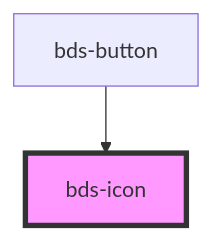
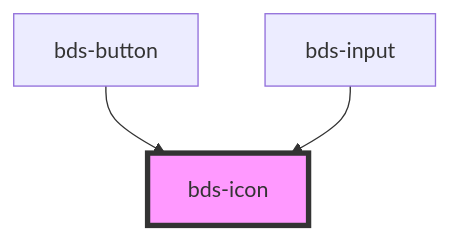
Before and after one commit to takenet/blip-ds: the diagram in src/components/icon/readme.md, drawn with Mermaid. The commit also changed other lines of this file and 8 other files, not shown here.

````diff
--- a/src/components/icon/readme.md
+++ b/src/components/icon/readme.md
@@ -26,5 +27,6 @@
 ```mermaid
 graph TD;
   bds-button --> bds-icon
+  bds-input --> bds-icon
   style bds-icon fill:#f9f,stroke:#333,stroke-width:4px
 ```
````
